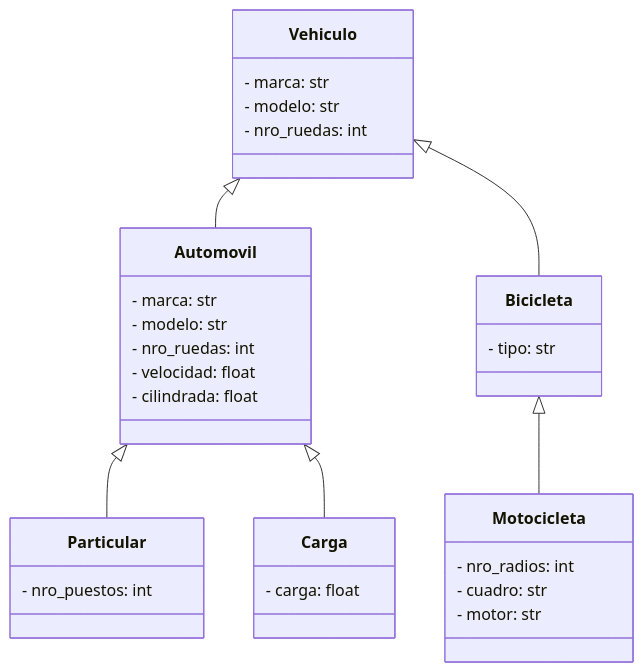
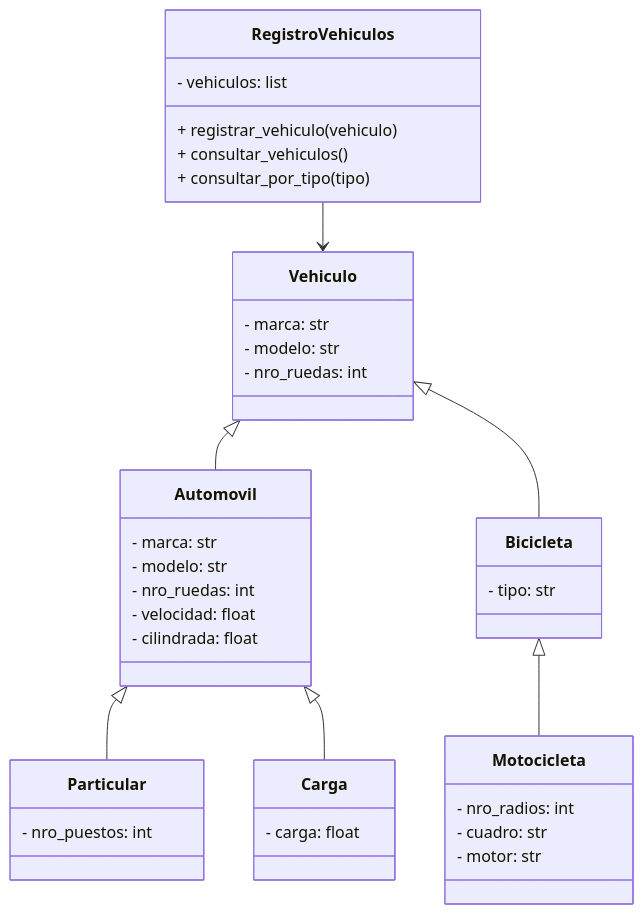
The diagram in README.md (Zprit3/mod04_pdc), drawn with Mermaid before and after one commit. The commit also changed other lines of this file, not shown here.

Commit message:
Changes to be committed: 	modified:   README.md

`````diff
--- a/README.md
+++ b/README.md
@@ -17,46 +17,3 @@
-```mermaid
-classDiagram
-    class Vehiculo {
-        - marca: str
-        - modelo: str
-        - nro_ruedas: int
-    }
-
-    class Automovil {
-        - marca: str
-        - modelo: str
-        - nro_ruedas: int
-        - velocidad: float
-        - cilindrada: float
-    }
-
-    Vehiculo <|-- Automovil
-
-    class Particular {
-        - nro_puestos: int
-    }
-
-    class Carga {
-        - carga: float
-    }
-
-    Automovil <|-- Particular
-    Automovil <|-- Carga
-
-    class Bicicleta {
-        - tipo: str
-    }
-
-    Vehiculo <|-- Bicicleta
-
-    class Motocicleta {
-        - nro_radios: int
-        - cuadro: str
-        - motor: str
-    }
-
-    Bicicleta <|-- Motocicleta
-
 ```mermaid
 classDiagram
     class Vehiculo {
@@ -108,4 +65,5 @@
     }
 
     RegistroVehiculos --> Vehiculo
-````
+
+```
`````
